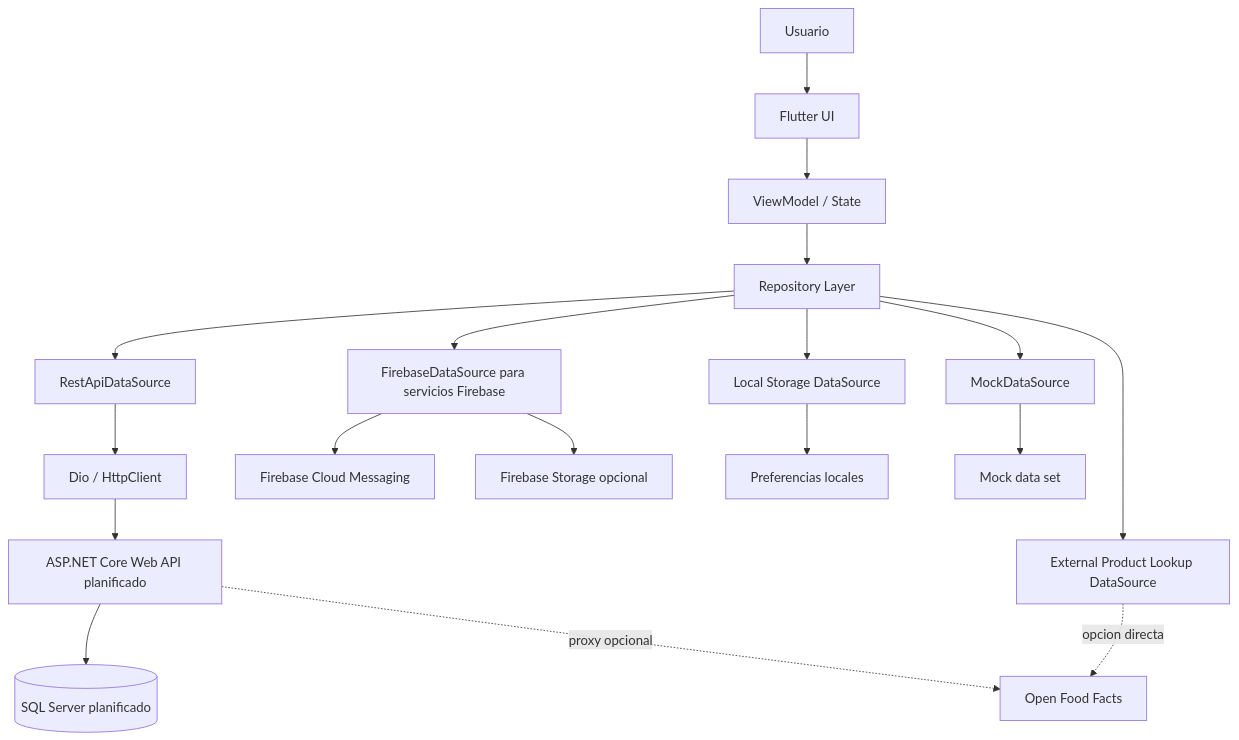
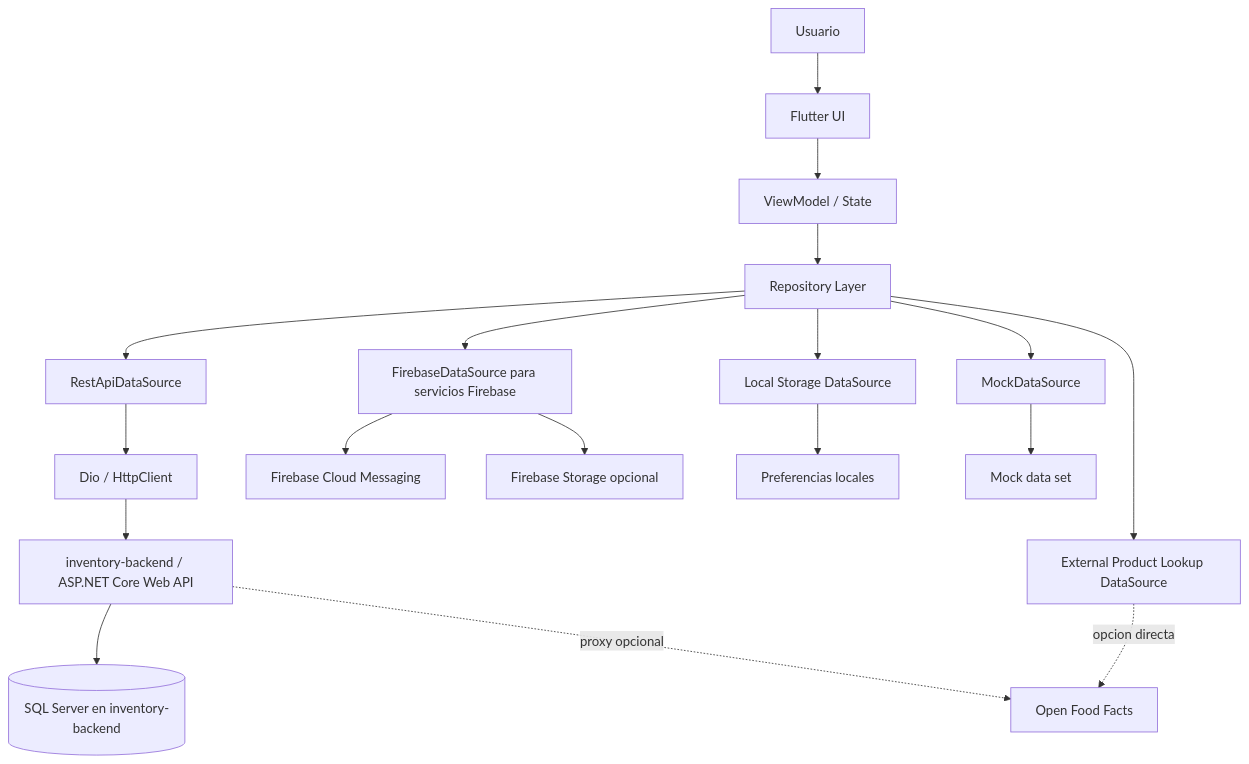
The first of 8 diagrams in docs/architecture/system-architecture.md (DevTeam-DAKFC/inventory-mobile-project), drawn with Mermaid before and after one commit. The commit also changed other lines of this file and 1 other file, not shown here.

Commit message:
docs(architecture): align system docs with backend repository split

````diff
--- a/docs/architecture/system-architecture.md
+++ b/docs/architecture/system-architecture.md
@@ -76,26 +76,26 @@
 ```mermaid
 flowchart TD
     User[Usuario] --> UI[Flutter UI]
 
     UI --> VM[ViewModel / State]
     VM --> Repo[Repository Layer]
 
     Repo --> RestDS[RestApiDataSource]
     Repo --> MockDS[MockDataSource]
     Repo --> ExternalDS[External Product Lookup DataSource]
     Repo --> FirebaseDS[FirebaseDataSource para servicios Firebase]
     Repo --> LocalDS[Local Storage DataSource]
 
     RestDS --> Dio[Dio / HttpClient]
-    Dio --> Api[ASP.NET Core Web API planificado]
-    Api --> Sql[(SQL Server planificado)]
+    Dio --> Api[inventory-backend / ASP.NET Core Web API]
+    Api --> Sql[(SQL Server en inventory-backend)]
 
     Api -. proxy opcional .-> ProductAPI[Open Food Facts]
     ExternalDS -. opcion directa .-> ProductAPI
 
     FirebaseDS --> FCM[Firebase Cloud Messaging]
     FirebaseDS --> Storage[Firebase Storage opcional]
 
     LocalDS --> Preferences[Preferencias locales]
     MockDS --> MockSet[Mock data set]
 ```
````
